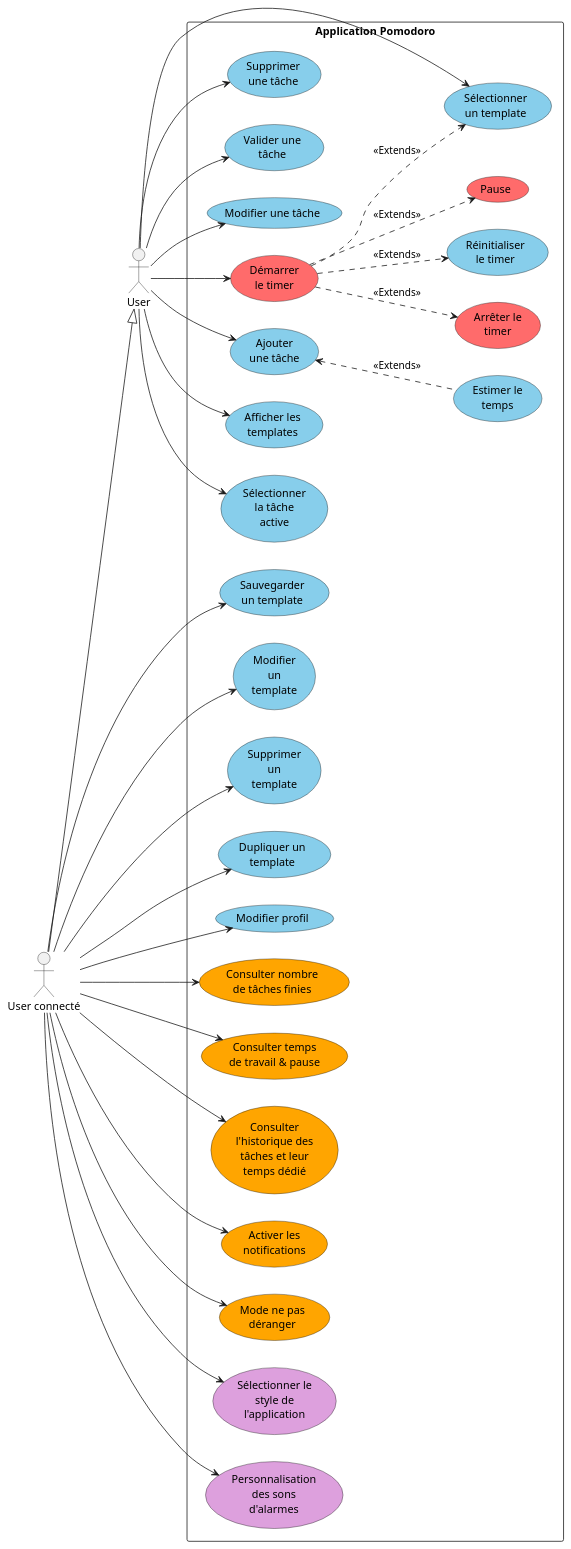
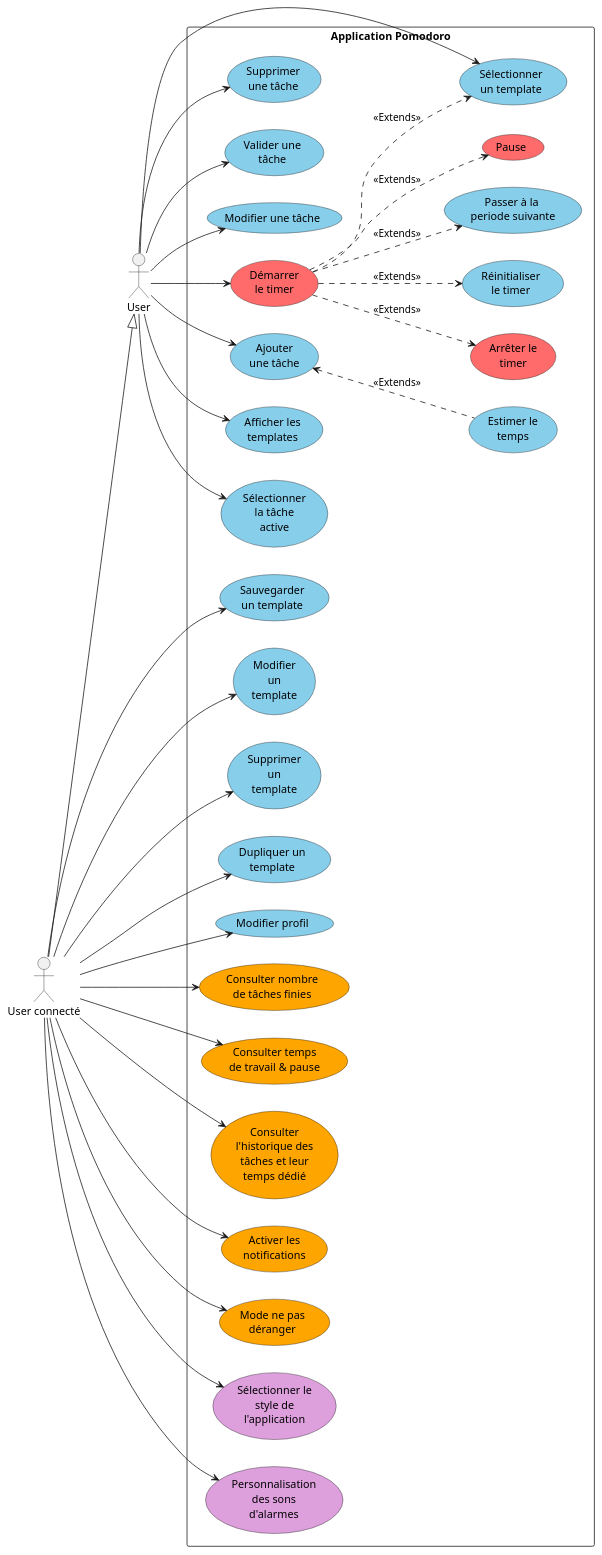
The diagram in pomodoro.wsd (MDGav82/FocusTimer), drawn with PlantUML before and after one commit.

Commit message:
- Added "Passer à la période" usecase

```diff
--- a/pomodoro.wsd
+++ b/pomodoro.wsd
@@ -1,67 +1,69 @@
 @startuml pomodoro
 left to right direction
 actor User as u
 actor "User connecté" as uc
 
 uc --|> u
 
 rectangle "Application Pomodoro" {
   usecase "Démarrer\nle timer" as UC1 #FF6B6B
   usecase "Pause" as UC2 #FF6B6B
   usecase "Arrêter le\ntimer" as UC3 #FF6B6B
   usecase "Réinitialiser\nle timer" as UC4 #87CEEB
+  usecase "Passer à la \nperiode suivante" as UC26 #87CEEB
   usecase "Sélectionner\nun template" as UC5 #87CEEB
   usecase "Ajouter\nune tâche" as UC6 #87CEEB
   usecase "Estimer le\ntemps" as UC7 #87CEEB
   usecase "Afficher les\ntemplates" as UC8 #87CEEB
   usecase "Sélectionner\nla tâche\nactive" as UC9 #87CEEB
   usecase "Supprimer\nune tâche" as UC10 #87CEEB
   usecase "Valider une\ntâche" as UC11 #87CEEB
   usecase "Modifier une tâche" as UC12 #87CEEB
   usecase "Sauvegarder\nun template" as UC13 #87CEEB
   usecase "Modifier\nun\ntemplate" as UC14 #87CEEB
   usecase "Supprimer\nun\ntemplate" as UC15 #87CEEB
   usecase "Dupliquer un\ntemplate" as UC16 #87CEEB
   usecase "Modifier profil" as UC17 #87CEEB
   usecase "Consulter nombre\nde tâches finies" as UC18 #FFA500
   usecase "Consulter temps\nde travail & pause" as UC19 #FFA500
   usecase "Consulter\nl'historique des\ntâches et leur\ntemps dédié" as UC20 #FFA500
   usecase "Activer les\nnotifications" as UC21 #FFA500
   usecase "Mode ne pas\ndéranger" as UC22 #FFA500
   usecase "Sélectionner le\nstyle de\nl'application" as UC24 #DDA0DD
   usecase "Personnalisation\ndes sons\nd'alarmes" as UC25 #DDA0DD
   
 }
 
 ' User connections
 u --> UC1
 u --> UC5
 u --> UC6
 u --> UC8
 u --> UC9
 u --> UC10
 u --> UC11
 u --> UC12
 
 ' User connecté connections
 uc --> UC13
 uc --> UC14
 uc --> UC15
 uc --> UC16
 uc --> UC18
 uc --> UC19
 uc --> UC20
 uc --> UC17
 uc --> UC21
 uc --> UC25
 uc --> UC22
 uc --> UC24
 
 ' Relations extends
 UC1 ..> UC2 : <<Extends>>
 UC1 ..> UC3 : <<Extends>>
 UC1 ..> UC4 : <<Extends>>
 UC1 ..> UC5 : <<Extends>>
+UC1 ..> UC26 : <<Extends>>
 UC6 <.. UC7 : <<Extends>>
 
 @enduml
```
